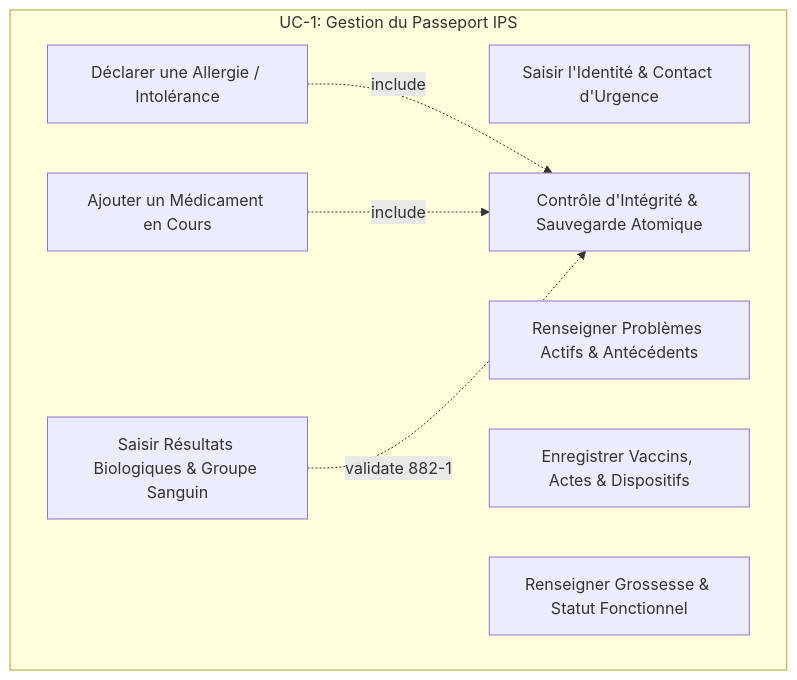
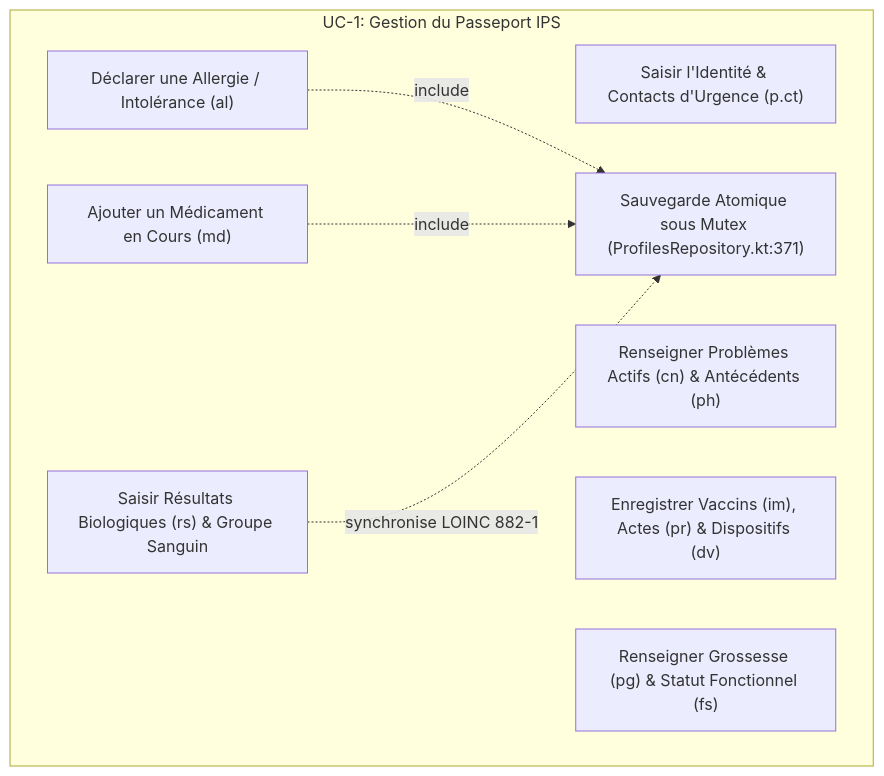
Before and after one commit to kurodohenroonsen/JemmaPass: the second of 21 diagrams in docs/DOCUMENTATION_UML_FONCTIONNELLE.md, drawn with Mermaid. The commit also changed other lines of this file and 1 other file, not shown here.

First line of the commit message:
docs: correct UML documentation and iOS specifications against codebase reality

````diff
--- a/docs/DOCUMENTATION_UML_FONCTIONNELLE.md
+++ b/docs/DOCUMENTATION_UML_FONCTIONNELLE.md
@@ -121,17 +138,17 @@
 ```mermaid
 flowchart TD
     subgraph Gestion_Profil ["UC-1: Gestion du Passeport IPS"]
-        UC1_1["Saisir l'Identité & Contact d'Urgence"]
-        UC1_2["Déclarer une Allergie / Intolérance"]
-        UC1_3["Ajouter un Médicament en Cours"]
-        UC1_4["Renseigner Problèmes Actifs & Antécédents"]
-        UC1_5["Enregistrer Vaccins, Actes & Dispositifs"]
-        UC1_6["Saisir Résultats Biologiques & Groupe Sanguin"]
-        UC1_7["Renseigner Grossesse & Statut Fonctionnel"]
-        UC1_8["Contrôle d'Intégrité & Sauvegarde Atomique"]
+        UC1_1["Saisir l'Identité & Contacts d'Urgence (p.ct)"]
+        UC1_2["Déclarer une Allergie / Intolérance (al)"]
+        UC1_3["Ajouter un Médicament en Cours (md)"]
+        UC1_4["Renseigner Problèmes Actifs (cn) & Antécédents (ph)"]
+        UC1_5["Enregistrer Vaccins (im), Actes (pr) & Dispositifs (dv)"]
+        UC1_6["Saisir Résultats Biologiques (rs) & Groupe Sanguin"]
+        UC1_7["Renseigner Grossesse (pg) & Statut Fonctionnel (fs)"]
+        UC1_8["Sauvegarde Atomique sous Mutex (ProfilesRepository.kt:371)"]
     end
 
     UC1_2 -.->|include| UC1_8
     UC1_3 -.->|include| UC1_8
-    UC1_6 -.->|validate 882-1| UC1_8
+    UC1_6 -.->|synchronise LOINC 882-1| UC1_8
 ```
````
